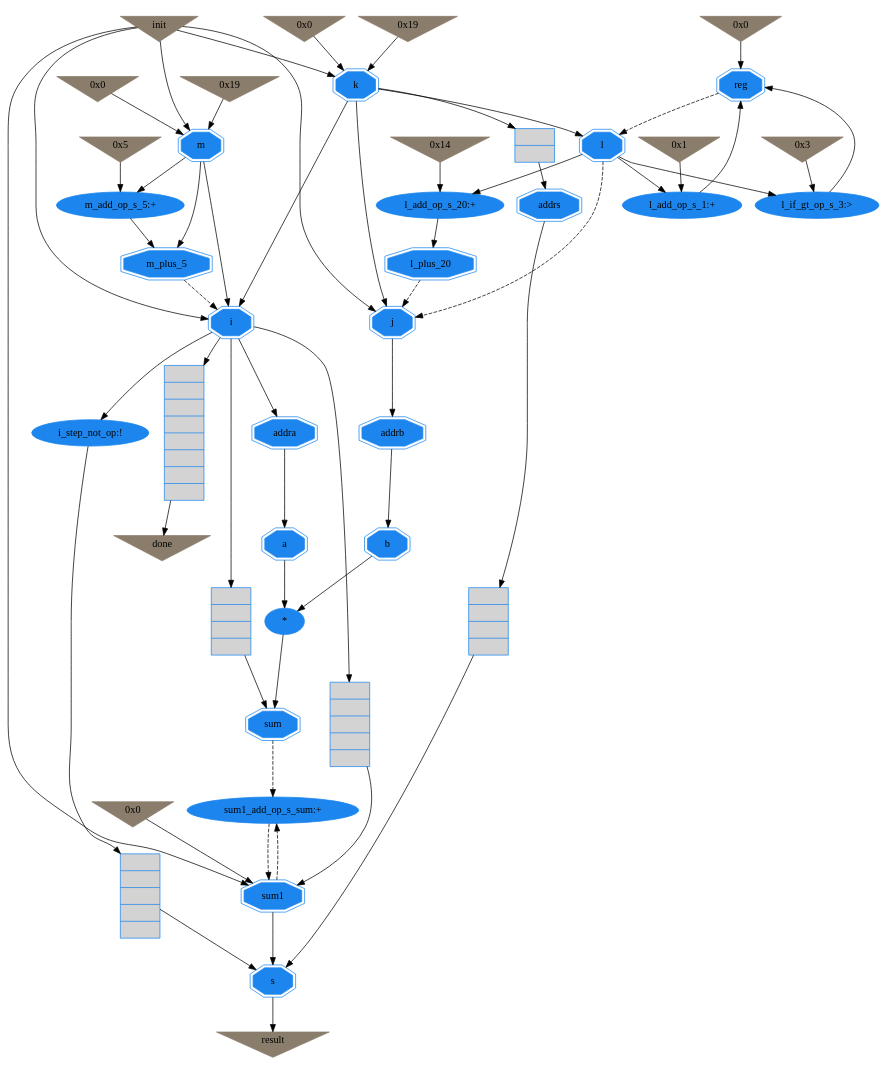
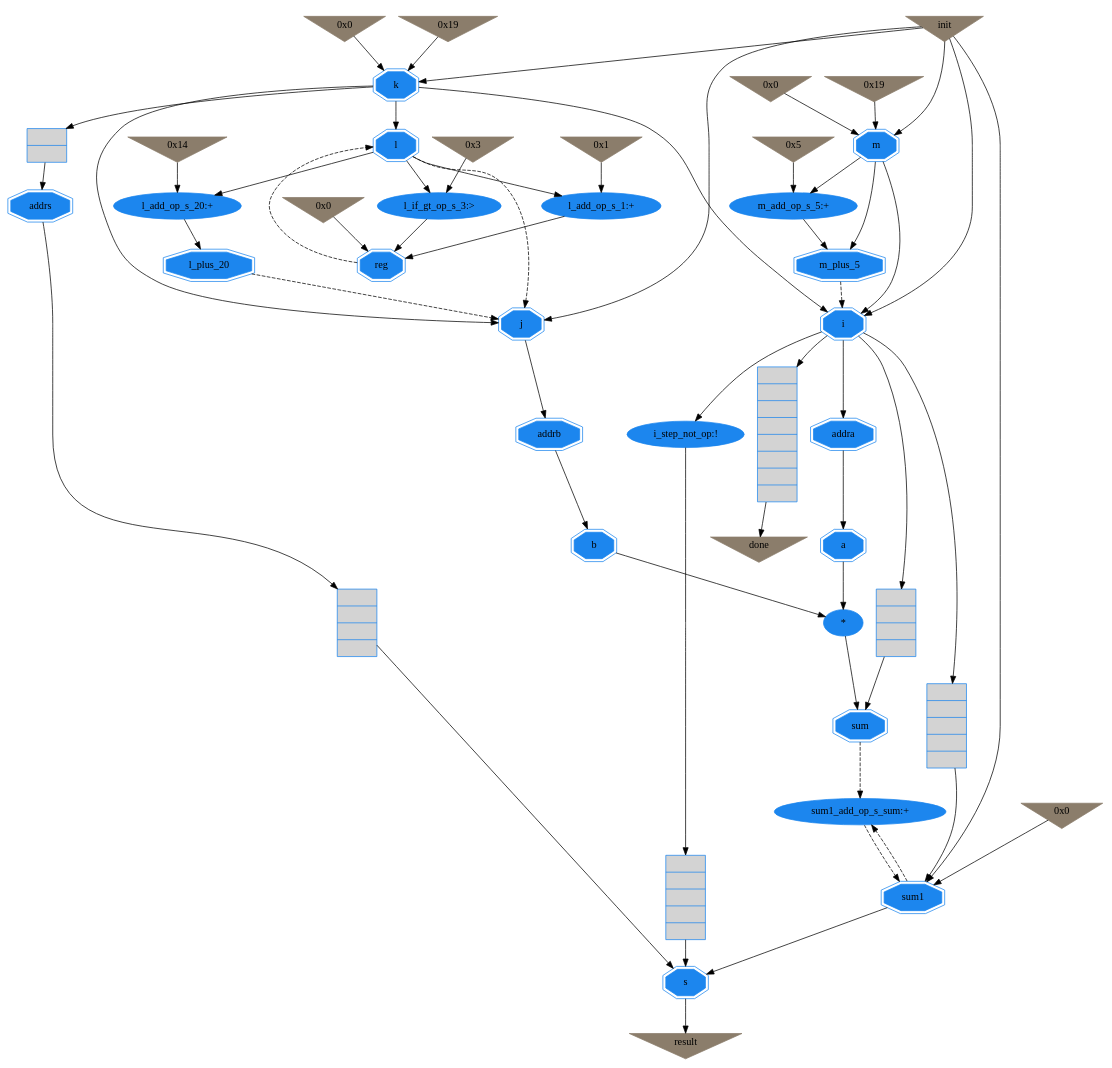
The diagram in src/br/ufscar/dc/lalp/examples/matmult/matmult_sw.dot (menotti/lalp), drawn with Graphviz before and after one commit. The commit also changed other lines of this file and 150 other files, not shown here.

```diff
--- a/src/br/ufscar/dc/lalp/examples/matmult/matmult_sw.dot
+++ b/src/br/ufscar/dc/lalp/examples/matmult/matmult_sw.dot
@@ -1,105 +1,105 @@
 digraph matmult {
 	// Components (Nodes)
 	node [shape=ellipse, style=filled, color=dodgerblue2];
-	"reg" [label="reg" shape=doubleoctagon  color=dodgerblue2 ];
-	"i_step_delay_op_5" [label="{||||}" shape=record fillcolor=lightgray  color=dodgerblue2 ];
-	"k" [label="k" shape=doubleoctagon  color=dodgerblue2 ];
-	"addrs" [label="addrs" shape=doubleoctagon  color=dodgerblue2 ];
+	"result" [color=bisque4 shape=invtriangle label="result"];
+	"addrs_delay_op_4" [label="{|||}" shape=record fillcolor=lightgray  color=dodgerblue2 ];
+	"a_mult_op_s_b" [label="*"  color=dodgerblue2 ];
+	"i" [label="i" shape=doubleoctagon  color=dodgerblue2 ];
+	"a" [label="a" shape=doubleoctagon  color=dodgerblue2 ];
 	"c40" [color=bisque4 shape=invtriangle label="0x14"];
 	"c37" [color=bisque4 shape=invtriangle label="0x3"];
 	"c44" [label="{|}" shape=record fillcolor=lightgray  color=dodgerblue2 ];
 	"c41" [color=bisque4 shape=invtriangle label="0x5"];
+	"c34" [color=bisque4 shape=invtriangle label="0x19"];
+	"i_step_not_op_delay_op_5" [label="{||||}" shape=record fillcolor=lightgray  color=dodgerblue2 ];
+	"c33" [color=bisque4 shape=invtriangle label="0x0"];
 	"i_step_delay_op_4" [label="{|||}" shape=record fillcolor=lightgray  color=dodgerblue2 ];
-	"c34" [color=bisque4 shape=invtriangle label="0x19"];
-	"a_mult_op_s_b" [label="*"  color=dodgerblue2 ];
-	"c33" [color=bisque4 shape=invtriangle label="0x0"];
+	"sum1" [label="sum1" shape=doubleoctagon  color=dodgerblue2 ];
+	"reg" [label="reg" shape=doubleoctagon  color=dodgerblue2 ];
+	"m_add_op_s_5" [label="m_add_op_s_5:+"  color=dodgerblue2 ];
+	"i_step_delay_op_5" [label="{||||}" shape=record fillcolor=lightgray  color=dodgerblue2 ];
+	"j" [label="j" shape=doubleoctagon  color=dodgerblue2 ];
+	"addra" [label="addra" shape=doubleoctagon  color=dodgerblue2 ];
+	"addrb" [label="addrb" shape=doubleoctagon  color=dodgerblue2 ];
+	"m_plus_5" [label="m_plus_5" shape=doubleoctagon  color=dodgerblue2 ];
+	"done" [color=bisque4 shape=invtriangle label="done"];
+	"sum" [label="sum" shape=doubleoctagon  color=dodgerblue2 ];
+	"l_if_gt_op_s_3" [label="l_if_gt_op_s_3:>"  color=dodgerblue2 ];
+	"l_add_op_s_20" [label="l_add_op_s_20:+"  color=dodgerblue2 ];
 	"sum1_add_op_s_sum" [label="sum1_add_op_s_sum:+"  color=dodgerblue2 ];
+	"i_step_not_op" [label="i_step_not_op:!"  color=dodgerblue2 ];
+	"c35" [color=bisque4 shape=invtriangle label="0x0"];
+	"c38" [color=bisque4 shape=invtriangle label="0x1"];
+	"c43" [label="{|||||||}" shape=record fillcolor=lightgray  color=dodgerblue2 ];
+	"c42" [color=bisque4 shape=invtriangle label="0x0"];
+	"c39" [color=bisque4 shape=invtriangle label="0x0"];
+	"b" [label="b" shape=doubleoctagon  color=dodgerblue2 ];
+	"c36" [color=bisque4 shape=invtriangle label="0x19"];
+	"l_plus_20" [label="l_plus_20" shape=doubleoctagon  color=dodgerblue2 ];
 	"s" [label="s" shape=doubleoctagon  color=dodgerblue2 ];
-	"addrs_delay_op_4" [label="{|||}" shape=record fillcolor=lightgray  color=dodgerblue2 ];
+	"addrs" [label="addrs" shape=doubleoctagon  color=dodgerblue2 ];
 	"l_add_op_s_1" [label="l_add_op_s_1:+"  color=dodgerblue2 ];
-	"l_add_op_s_20" [label="l_add_op_s_20:+"  color=dodgerblue2 ];
+	"k" [label="k" shape=doubleoctagon  color=dodgerblue2 ];
 	"l" [label="l" shape=doubleoctagon  color=dodgerblue2 ];
 	"m" [label="m" shape=doubleoctagon  color=dodgerblue2 ];
 	"init" [color=bisque4 shape=invtriangle label="init"];
-	"result" [color=bisque4 shape=invtriangle label="result"];
-	"l_plus_20" [label="l_plus_20" shape=doubleoctagon  color=dodgerblue2 ];
-	"b" [label="b" shape=doubleoctagon  color=dodgerblue2 ];
-	"l_if_gt_op_s_3" [label="l_if_gt_op_s_3:>"  color=dodgerblue2 ];
-	"m_add_op_s_5" [label="m_add_op_s_5:+"  color=dodgerblue2 ];
-	"i_step_not_op" [label="i_step_not_op:!"  color=dodgerblue2 ];
-	"sum1" [label="sum1" shape=doubleoctagon  color=dodgerblue2 ];
-	"c35" [color=bisque4 shape=invtriangle label="0x0"];
-	"c38" [color=bisque4 shape=invtriangle label="0x1"];
-	"i_step_not_op_delay_op_5" [label="{||||}" shape=record fillcolor=lightgray  color=dodgerblue2 ];
-	"c43" [label="{|||||||}" shape=record fillcolor=lightgray  color=dodgerblue2 ];
-	"c42" [color=bisque4 shape=invtriangle label="0x0"];
-	"c39" [color=bisque4 shape=invtriangle label="0x0"];
-	"i" [label="i" shape=doubleoctagon  color=dodgerblue2 ];
-	"c36" [color=bisque4 shape=invtriangle label="0x19"];
-	"addra" [label="addra" shape=doubleoctagon  color=dodgerblue2 ];
-	"sum" [label="sum" shape=doubleoctagon  color=dodgerblue2 ];
-	"j" [label="j" shape=doubleoctagon  color=dodgerblue2 ];
-	"a" [label="a" shape=doubleoctagon  color=dodgerblue2 ];
-	"addrb" [label="addrb" shape=doubleoctagon  color=dodgerblue2 ];
-	"m_plus_5" [label="m_plus_5" shape=doubleoctagon  color=dodgerblue2 ];
-	"done" [color=bisque4 shape=invtriangle label="done"];
 
 	// Signals (Edges)
 	"c33" -> "m"
 	"i_step_not_op_delay_op_5" -> "s"
 	"k" -> "l"
 	"c38" -> "l_add_op_s_1"
 	"i_step_delay_op_4" -> "sum"
 	"b" -> "a_mult_op_s_b"
 	"i" -> "addra"
 	"m" -> "m_plus_5"
 	"addrb" -> "b"
 	"addra" -> "a"
 	"c41" -> "m_add_op_s_5"
 	"k" -> "j"
 	"c37" -> "l_if_gt_op_s_3"
 	"c39" -> "reg"
 	"i_step_not_op" -> "i_step_not_op_delay_op_5":input
 	"m_add_op_s_5" -> "m_plus_5"
 	"j" -> "addrb"
 	"addrs" -> "addrs_delay_op_4":input
 	"i" -> "i_step_delay_op_4":input
 	"l" -> "l_add_op_s_1"
 	"sum1" -> "s"
 	"i" -> "i_step_not_op"
 	"l_if_gt_op_s_3" -> "reg"
 	"reg" -> "l" [style=dashed];
 	"s" -> "result"
 	"l" -> "l_if_gt_op_s_3"
 	"a_mult_op_s_b" -> "sum"
 	"m" -> "i"
 	"m" -> "m_add_op_s_5"
 	"i" -> "i_step_delay_op_5":input
 	"i_step_delay_op_5" -> "sum1"
 	"a" -> "a_mult_op_s_b"
 	"sum1_add_op_s_sum" -> "sum1" [style=dashed];
 	"c43" -> "done"
 	"l" -> "l_add_op_s_20"
 	"k" -> "i"
 	"k" -> "c44":input
 	"l_add_op_s_20" -> "l_plus_20"
 	"m_plus_5" -> "i" [style=dashed];
 	"l_plus_20" -> "j" [style=dashed];
 	"init" -> "k"
 	"c35" -> "k"
 	"c34" -> "m"
 	"c40" -> "l_add_op_s_20"
 	"c44" -> "addrs"
 	"init" -> "i"
 	"i" -> "c43":input
 	"sum1" -> "sum1_add_op_s_sum" [style=dashed];
 	"init" -> "sum1"
 	"c42" -> "sum1"
 	"sum" -> "sum1_add_op_s_sum" [style=dashed];
 	"addrs_delay_op_4" -> "s"
 	"l_add_op_s_1" -> "reg"
 	"l" -> "j" [style=dashed];
 	"init" -> "j"
 	"c36" -> "k"
 	"init" -> "m"
 }
```
